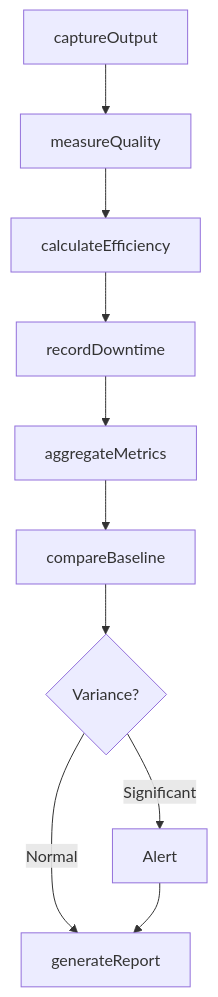
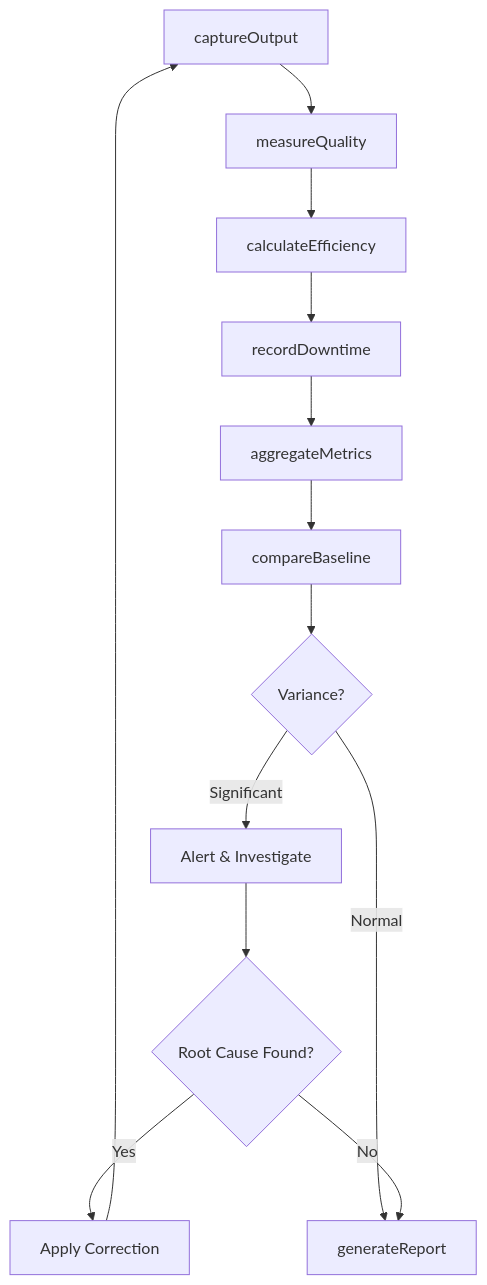
The third of 4 diagrams in InspectingEquipmentStructuresOrMaterials/TestPerformanceOfEquipmentOrSystems/MeasureEquipmentOutputs.mdx (dot-org-ai/tasks.org.ai), drawn with Mermaid before and after one commit. The commit also changed other lines of this file and 504 other files, not shown here.

First line of the commit message:
feat: Add ER diagrams, state diagrams, and workflow improvements to 96 DWA task files

````diff
--- a/InspectingEquipmentStructuresOrMaterials/TestPerformanceOfEquipmentOrSystems/MeasureEquipmentOutputs.mdx
+++ b/InspectingEquipmentStructuresOrMaterials/TestPerformanceOfEquipmentOrSystems/MeasureEquipmentOutputs.mdx
@@ -87,12 +118,15 @@
 ```mermaid
 graph TD
     A[captureOutput] --> B[measureQuality]
     B --> C[calculateEfficiency]
     C --> D[recordDowntime]
     D --> E[aggregateMetrics]
     E --> F[compareBaseline]
     F --> G{Variance?}
-    G -->|Significant| H[Alert]
+    G -->|Significant| H[Alert & Investigate]
     G -->|Normal| I[generateReport]
-    H --> I
+    H --> J{Root Cause Found?}
+    J -->|Yes| K[Apply Correction]
+    J -->|No| I
+    K --> A
 ```
````
